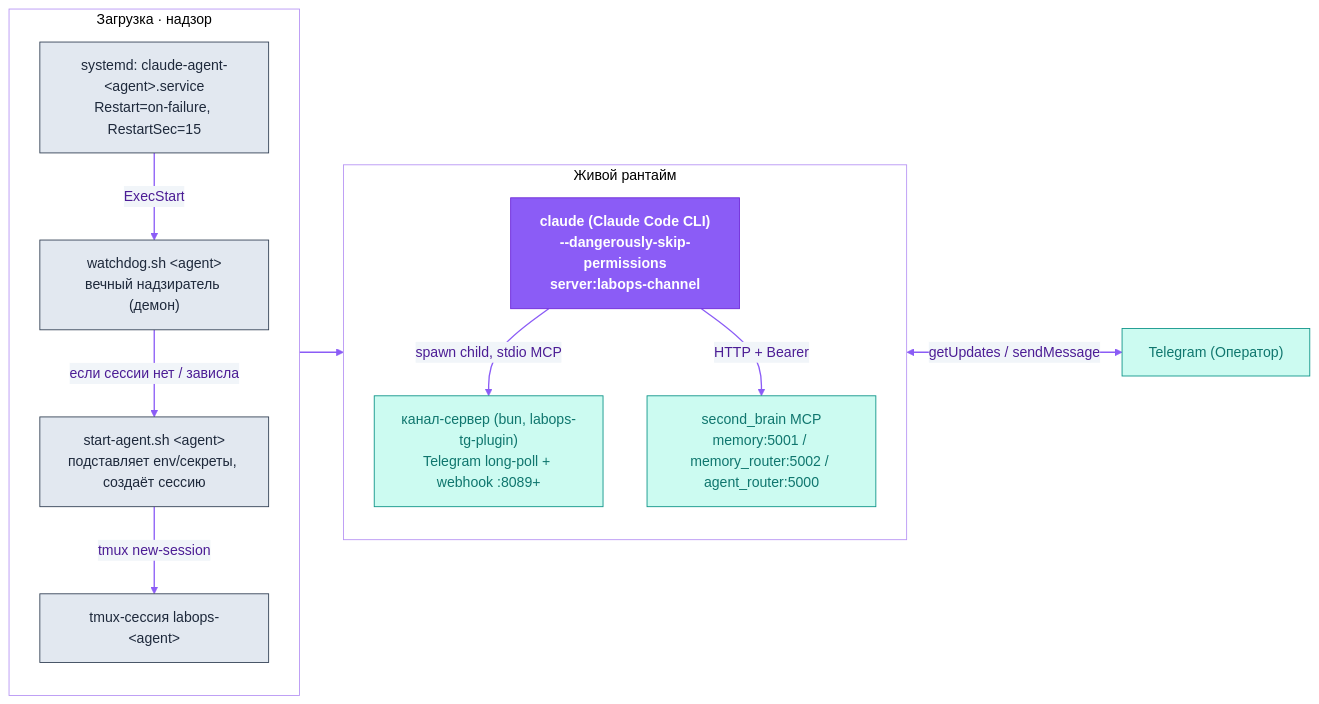
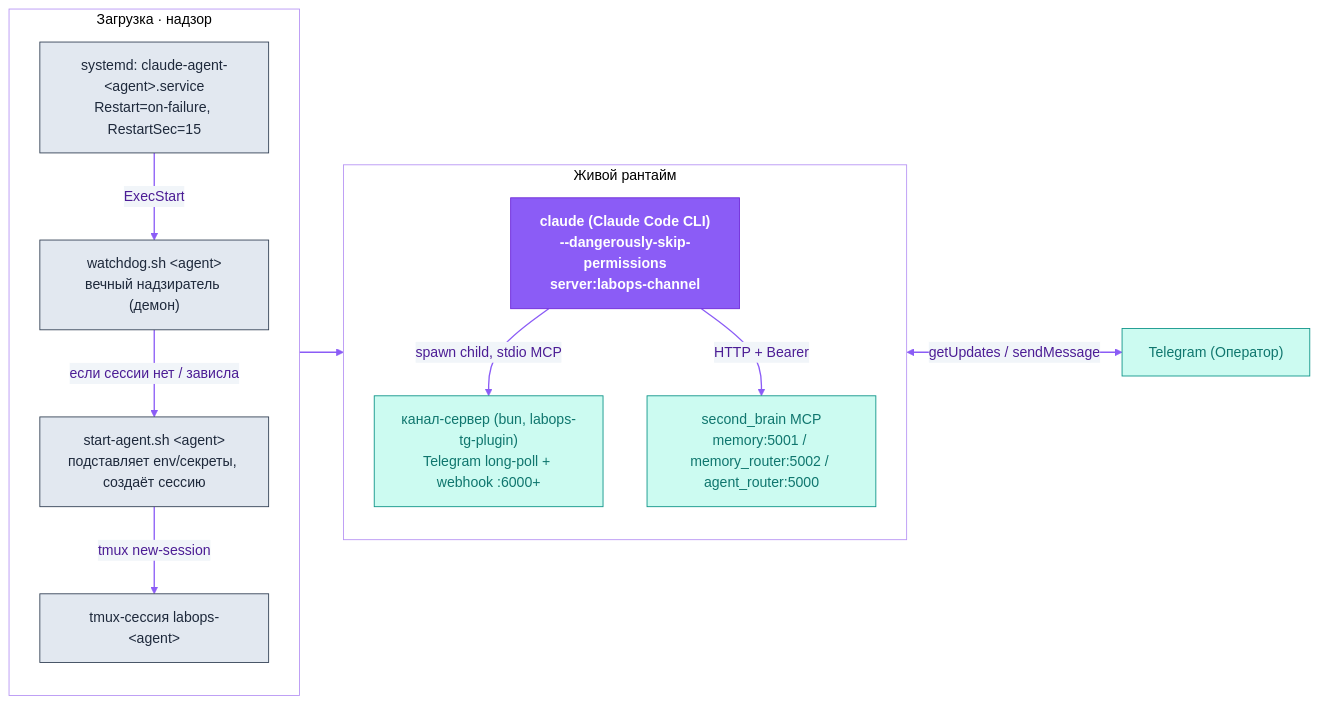
The second of 4 diagrams in README.ru.md (dediukhinpa/labops-agent-architecture), drawn with Mermaid before and after one commit. The commit also changed other lines of this file and 7 other files, not shown here.

````diff
--- a/README.ru.md
+++ b/README.ru.md
@@ -135,32 +135,32 @@
 ```mermaid
 %%{init: {'theme':'base','themeVariables':{'primaryColor':'#EDE9FE','primaryTextColor':'#4C1D95','primaryBorderColor':'#8B5CF6','lineColor':'#8B5CF6','secondaryColor':'#F1F5F9','tertiaryColor':'#ffffff','clusterBkg':'transparent','clusterBorder':'#B794F4','fontFamily':'Helvetica,Arial,sans-serif'}}}%%
 flowchart LR
   subgraph boot["Загрузка · надзор"]
     direction TB
     SD["systemd: claude-agent-&lt;agent&gt;.service<br/>Restart=on-failure, RestartSec=15"]
     WD["watchdog.sh &lt;agent&gt;<br/>вечный надзиратель (демон)"]
     SA["start-agent.sh &lt;agent&gt;<br/>подставляет env/секреты, создаёт сессию"]
     TM["tmux-сессия labops-&lt;agent&gt;"]
     SD -->|ExecStart| WD
     WD -->|если сессии нет / зависла| SA
     SA -->|tmux new-session| TM
   end
   subgraph live["Живой рантайм"]
     direction TB
     CC["claude (Claude Code CLI)<br/>--dangerously-skip-permissions<br/>server:labops-channel"]
-    BUN["канал-сервер (bun, labops-tg-plugin)<br/>Telegram long-poll + webhook :8089+"]
+    BUN["канал-сервер (bun, labops-tg-plugin)<br/>Telegram long-poll + webhook :6000+"]
     SB["second_brain MCP<br/>memory:5001 / memory_router:5002 / agent_router:5000"]
   end
   TM --> CC
   CC -->|spawn child, stdio MCP| BUN
   CC -->|HTTP + Bearer| SB
   BUN <-->|getUpdates / sendMessage| TG["Telegram (Оператор)"]
   classDef brand fill:#8B5CF6,stroke:#6D28D9,color:#ffffff,font-weight:bold
   classDef ext fill:#CCFBF1,stroke:#0D9488,color:#0F766E
   classDef store fill:#FEF3C7,stroke:#D97706,color:#92400E
   classDef sys fill:#E2E8F0,stroke:#334155,color:#1E293B
   linkStyle default stroke:#8B5CF6,stroke-width:1.5px
   class CC brand
   class SD,WD,SA,TM sys
   class BUN,SB,TG ext
 ```
````
